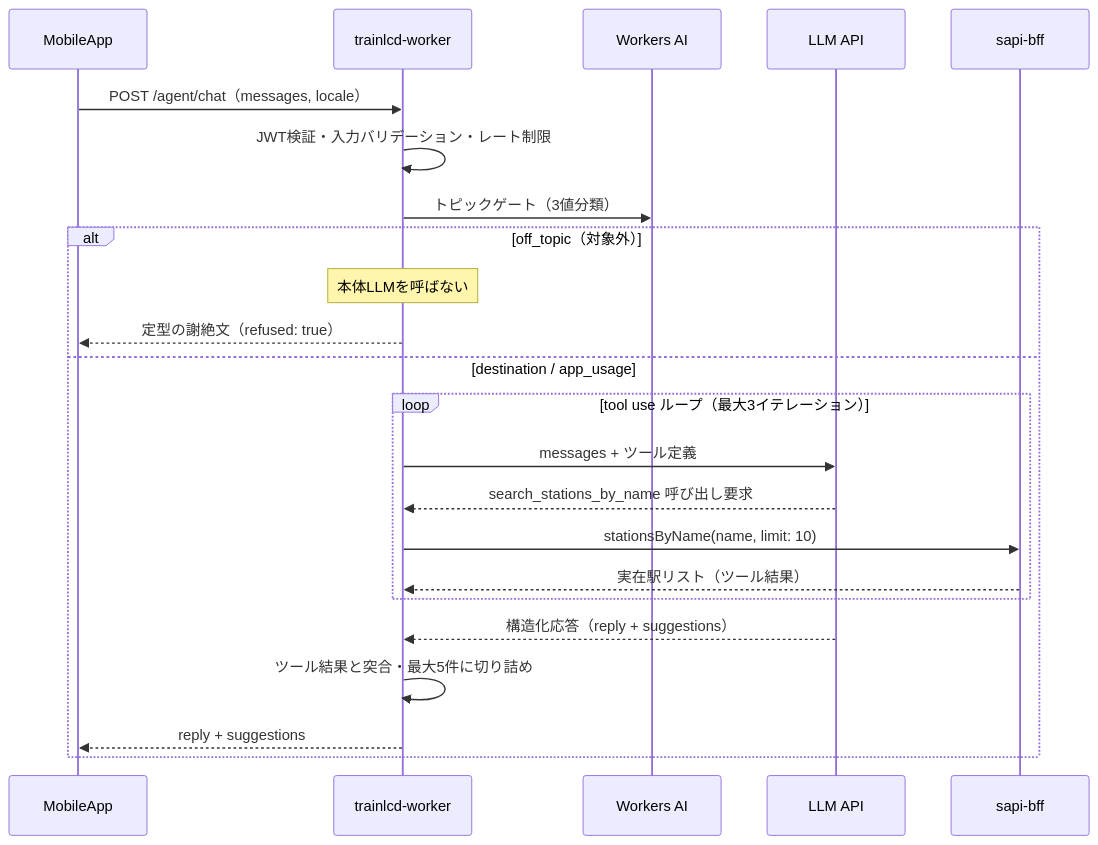
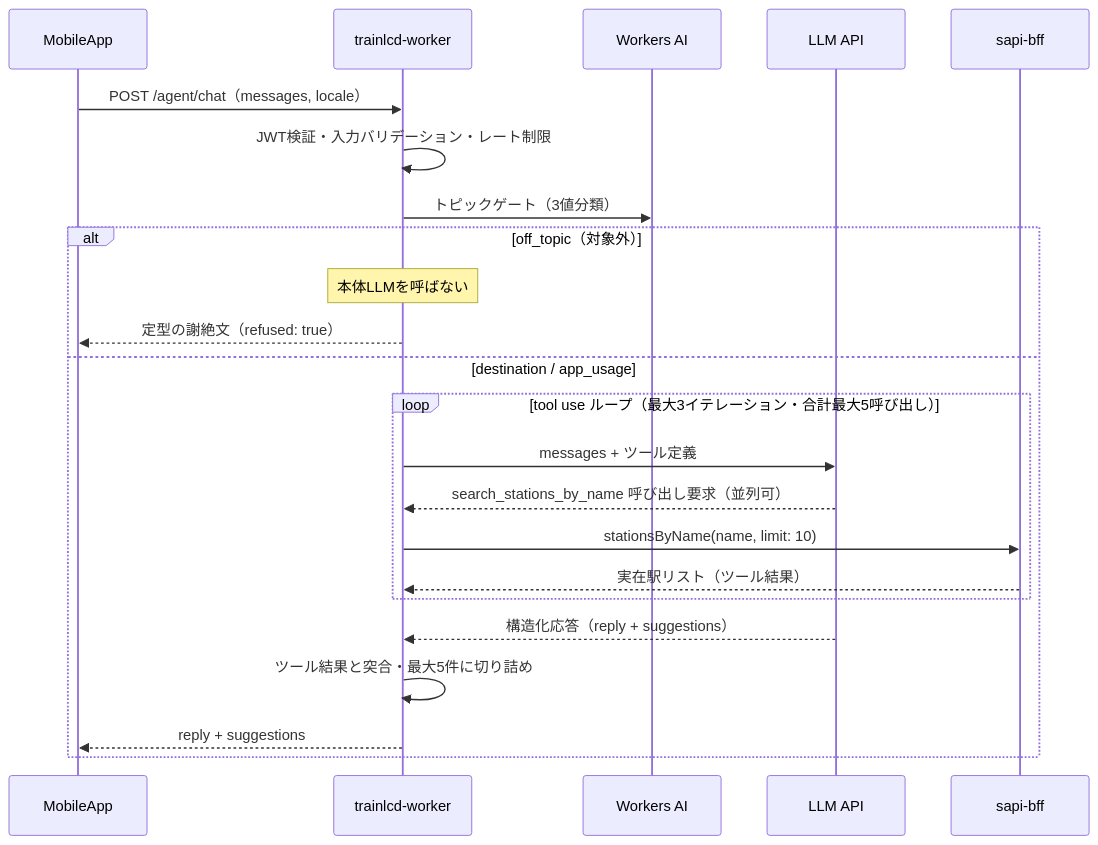
Before and after one commit to TrainLCD/MobileApp: the second of 2 diagrams in docs/spec/ai-agent/destination-agent.md, drawn with Mermaid. The commit also changed other lines of this file, not shown here.

````diff
--- a/docs/spec/ai-agent/destination-agent.md
+++ b/docs/spec/ai-agent/destination-agent.md
@@ -199,26 +199,26 @@
 ```mermaid
 sequenceDiagram
   participant App as MobileApp
   participant W as trainlcd-worker
   participant WAI as Workers AI
   participant LLM as LLM API
   participant S as sapi-bff
 
   App->>W: POST /agent/chat（messages, locale）
   W->>W: JWT検証・入力バリデーション・レート制限
   W->>WAI: トピックゲート（3値分類）
   alt off_topic（対象外）
     Note over W: 本体LLMを呼ばない
     W-->>App: 定型の謝絶文（refused: true）
   else destination / app_usage
-    loop tool use ループ（最大3イテレーション）
+    loop tool use ループ（最大3イテレーション・合計最大5呼び出し）
       W->>LLM: messages + ツール定義
-      LLM-->>W: search_stations_by_name 呼び出し要求
+      LLM-->>W: search_stations_by_name 呼び出し要求（並列可）
       W->>S: stationsByName(name, limit: 10)
       S-->>W: 実在駅リスト（ツール結果）
     end
     LLM-->>W: 構造化応答（reply + suggestions）
     W->>W: ツール結果と突合・最大5件に切り詰め
     W-->>App: reply + suggestions
   end
 ```
````
